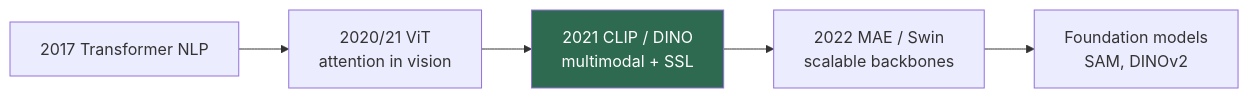
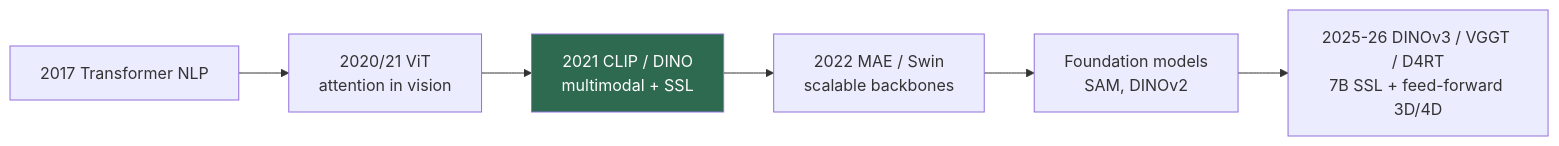
One commit to FrankHuang94/CV_learning_db_claude changed the diagram in cv-knowledge-base/01_history/05_transformer_era.md. Above: the diagram before and after it, drawn with Mermaid. The commit also changed other lines of this file and 103 other files, not shown here.

````diff
--- a/cv-knowledge-base/01_history/05_transformer_era.md
+++ b/cv-knowledge-base/01_history/05_transformer_era.md
@@ -33,8 +44,9 @@
 ```mermaid
 graph LR
     A[2017 Transformer NLP] --> B[2020/21 ViT<br/>attention in vision]
     B --> C[2021 CLIP / DINO<br/>multimodal + SSL]
     C --> D[2022 MAE / Swin<br/>scalable backbones]
     D --> E[Foundation models<br/>SAM, DINOv2]
+    E --> F[2025-26 DINOv3 / VGGT / D4RT<br/>7B SSL + feed-forward 3D/4D]
     style C fill:#2d6a4f,color:#fff
 ```
````
